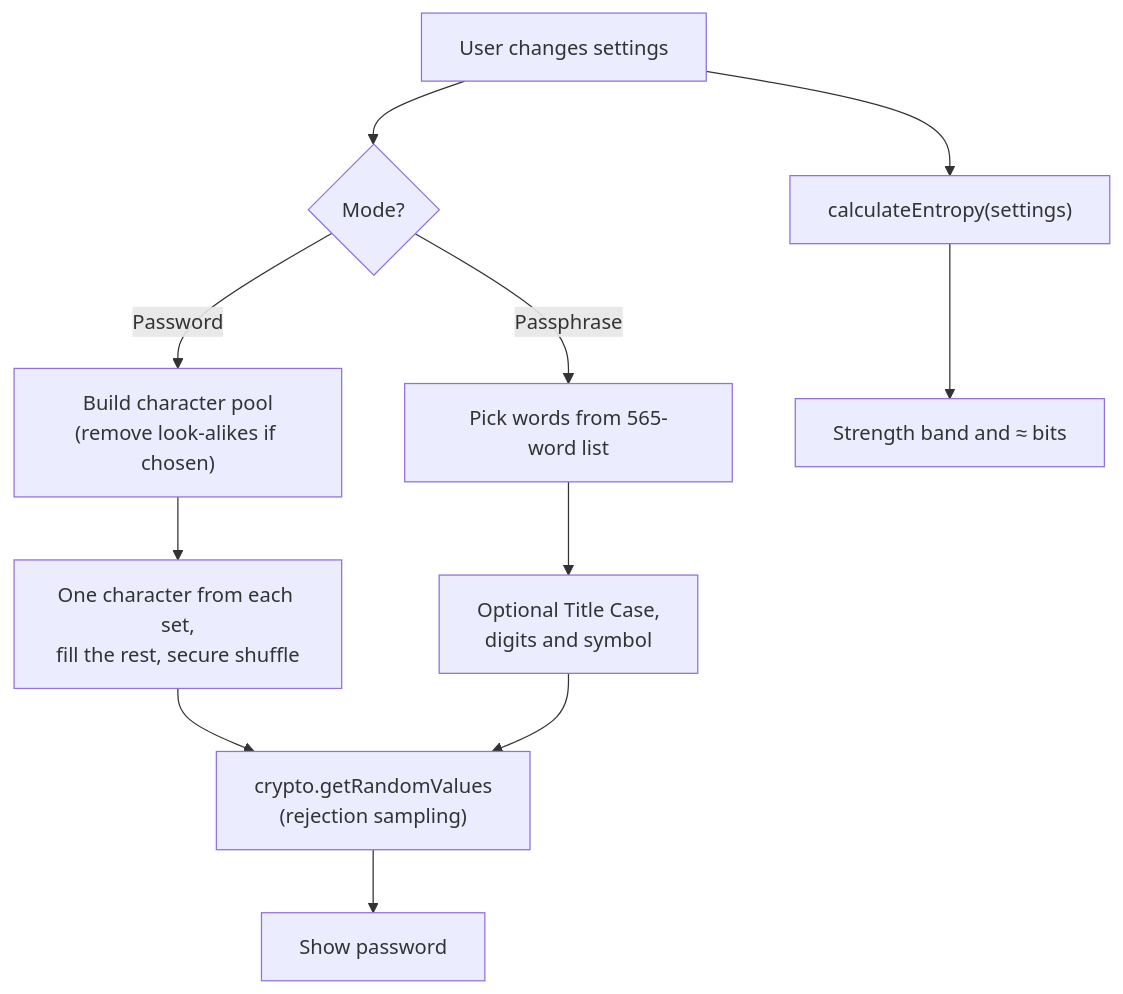
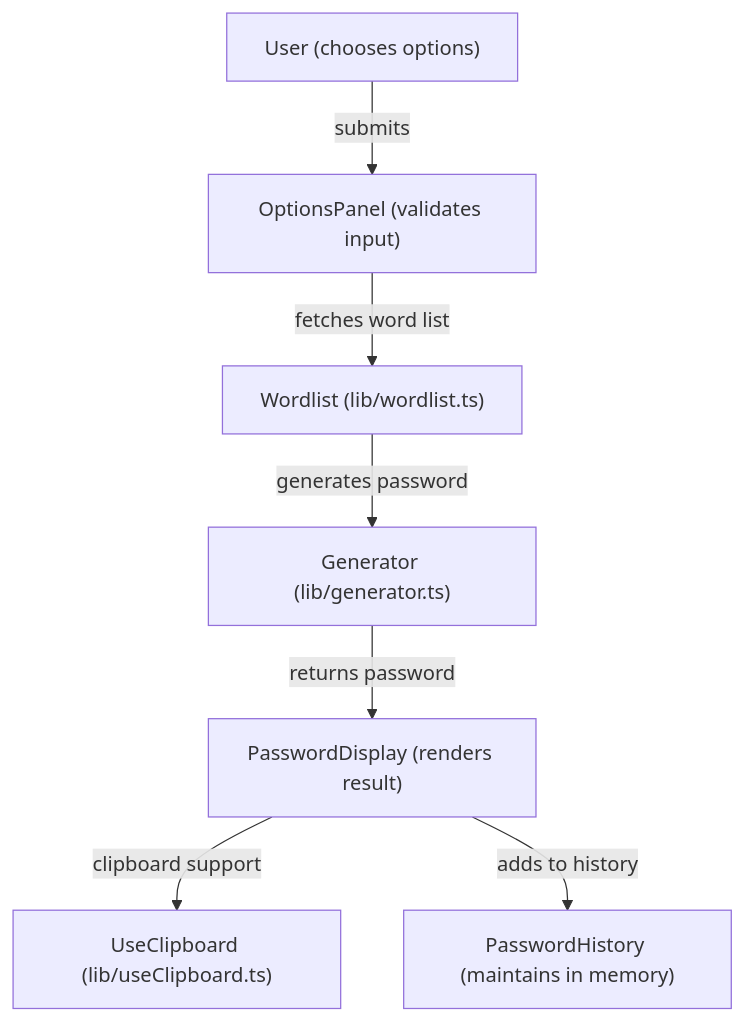
One commit to EF361/entropass changed the diagram in README.md. Above: the diagram before and after it, drawn with Mermaid. The commit also changed other lines of this file, not shown here.

````diff
--- a/README.md
+++ b/README.md
@@ -37,13 +28,9 @@
 ```mermaid
 flowchart TD
-    A["User changes settings"] --> B{"Mode?"}
-    B -->|"Password"| C["Build character pool<br/>(remove look-alikes if chosen)"]
-    B -->|"Passphrase"| D["Pick words from 565-word list"]
-    C --> E["One character from each set,<br/>fill the rest, secure shuffle"]
-    D --> F["Optional Title Case,<br/>digits and symbol"]
-    E --> G["crypto.getRandomValues<br/>(rejection sampling)"]
-    F --> G
-    G --> H["Show password"]
-    A --> I["calculateEntropy(settings)"]
-    I --> J["Strength band and ≈ bits"]
+    A["User (chooses options)"] -->|"submits"| B["OptionsPanel (validates input)"]
+    B -->|"fetches word list"| C["Wordlist (lib/wordlist.ts)"]
+    C -->|"generates password"| D["Generator (lib/generator.ts)"]
+    D -->|"returns password"| E["PasswordDisplay (renders result)"]
+    E -->|"clipboard support"| F["UseClipboard (lib/useClipboard.ts)"]
+    E -->|"adds to history"| G["PasswordHistory (maintains in memory)"]
 ```
````
